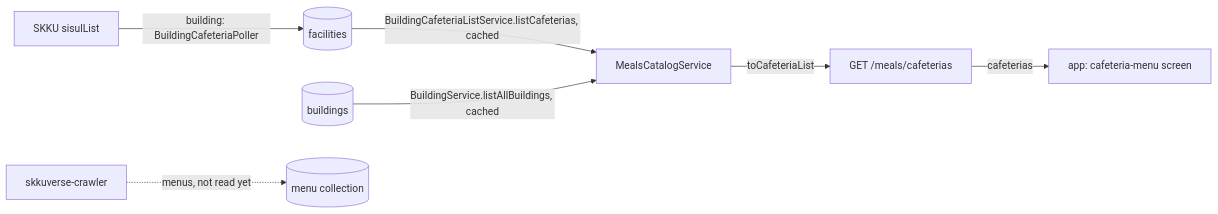
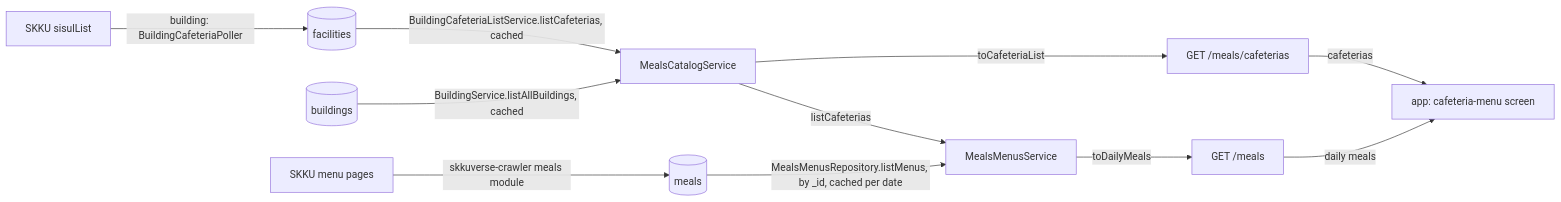
The diagram in docs/explanation/meals-architecture.md (skkuverse/skkuverse-server), drawn with Mermaid before and after one commit. The commit also changed other lines of this file and 35 other files, not shown here.

Commit message:
feat(meals): serve a campus's daily menus on GET /meals

````diff
--- a/docs/explanation/meals-architecture.md
+++ b/docs/explanation/meals-architecture.md
@@ -36,9 +41,13 @@
 ```mermaid
 flowchart LR
   sisul["SKKU sisulList"] -->|building: BuildingCafeteriaPoller| fac[("facilities")]
   fac -->|BuildingCafeteriaListService.listCafeterias, cached| svc["MealsCatalogService"]
   bld[("buildings")] -->|BuildingService.listAllBuildings, cached| svc
   svc -->|toCafeteriaList| route["GET /meals/cafeterias"]
   route -->|cafeterias| screen["app: cafeteria-menu screen"]
-  crawler["skkuverse-crawler"] -.->|menus, not read yet| menus[("menu collection")]
+  page["SKKU menu pages"] -->|skkuverse-crawler meals module| menus[("meals")]
+  menus -->|MealsMenusRepository.listMenus, by _id, cached per date| msvc["MealsMenusService"]
+  svc -->|listCafeterias| msvc
+  msvc -->|toDailyMeals| mroute["GET /meals"]
+  mroute -->|daily meals| screen
 ```
````
